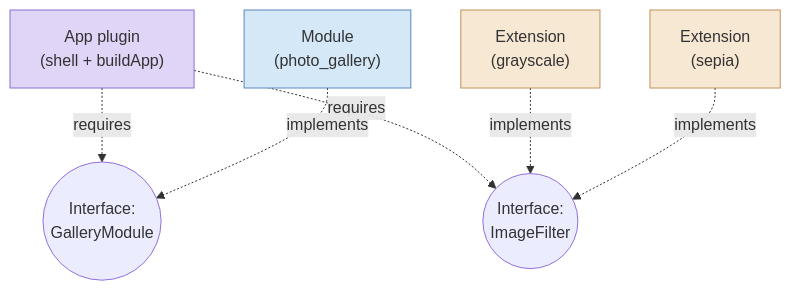
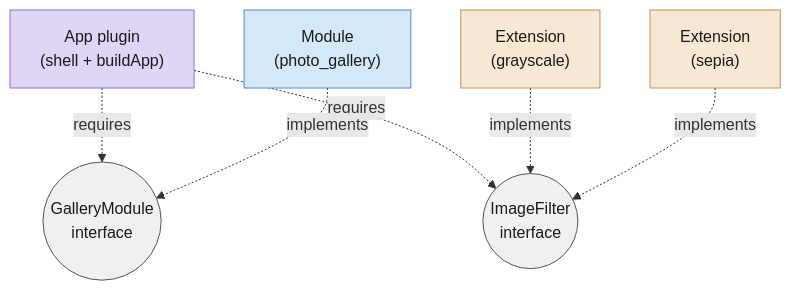
One commit to flutter-mss/.github changed the second of 2 diagrams in profile/README.md. Above: the diagram before and after it, drawn with Mermaid.

Commit message:
Fix Plugin types diagram contrast on GitHub dark mode
Mermaid in dark mode pairs my pastel node fills with its own default
text color, which lands as gray-on-light and makes every label
("App plugin", "Module", etc.) hard to read. Interface circles
defaulted to near-black on the dark background, so they nearly
disappeared.

- Set color:#1a1a1a explicitly on every styled node — the pastels
  work in both themes once the text color is forced dark.
- Give the two interface circles a light-gray fill with a mid-gray
  stroke so they read as "interfaces, distinct from plugins" in
  both themes rather than dissolving into the background.
- Drop the "Interface:" prefix from the circle labels — the shape
  already signals what they are, and the shorter text gives the layout
  a bit more breathing room to avoid the "requires" / "implements"
  label collision visible in the previous render.

````diff
--- a/profile/README.md
+++ b/profile/README.md
@@ -55,20 +55,22 @@
 ```mermaid
 flowchart TB
     app["App plugin<br/>(shell + buildApp)"]
-    iface1(("Interface:<br/>GalleryModule"))
-    iface2(("Interface:<br/>ImageFilter"))
+    iface1(("GalleryModule<br/>interface"))
+    iface2(("ImageFilter<br/>interface"))
     mod["Module<br/>(photo_gallery)"]
     ext1["Extension<br/>(grayscale)"]
     ext2["Extension<br/>(sepia)"]
 
     app -.requires.-> iface1
     app -.requires.-> iface2
     mod -.implements.-> iface1
     ext1 -.implements.-> iface2
     ext2 -.implements.-> iface2
 
-    style app fill:#e0d4f7,stroke:#8a6fd4
-    style mod fill:#d4e8f7,stroke:#5a87c0
-    style ext1 fill:#f7e8d4,stroke:#c0925a
-    style ext2 fill:#f7e8d4,stroke:#c0925a
+    style app fill:#e0d4f7,stroke:#8a6fd4,color:#1a1a1a
+    style mod fill:#d4e8f7,stroke:#5a87c0,color:#1a1a1a
+    style ext1 fill:#f7e8d4,stroke:#c0925a,color:#1a1a1a
+    style ext2 fill:#f7e8d4,stroke:#c0925a,color:#1a1a1a
+    style iface1 fill:#f0f0f0,stroke:#555,color:#1a1a1a
+    style iface2 fill:#f0f0f0,stroke:#555,color:#1a1a1a
 ```
````
